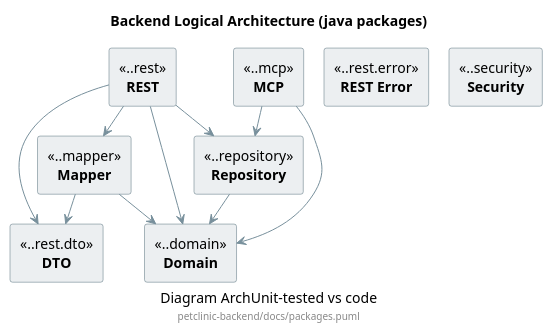
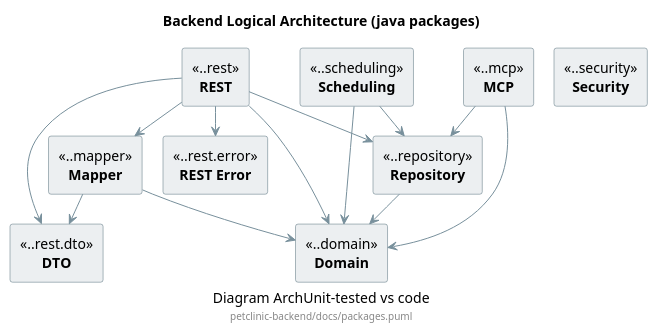
The diagram in petclinic-backend/docs/packages.puml (victorrentea/petclinic), drawn with PlantUML before and after one commit. The commit also changed 46 other files, not shown here.

```diff
--- a/petclinic-backend/docs/packages.puml
+++ b/petclinic-backend/docs/packages.puml
@@ -1,46 +1,50 @@
 @startuml
 
 title Backend Logical Architecture (java packages)
 caption Diagram ArchUnit-tested vs code
 footer petclinic-backend/docs/packages.puml
 
 skinparam shadowing false
 skinparam componentStyle rectangle
 skinparam nodesep 20
 skinparam ranksep 30
 <style>
 component {
   BackGroundColor #ECEFF1
   LineColor #546E7A
   FontStyle bold
   ' only the component name is bold; the package pattern above it stays plain
   ' (never write a stereotype in a comment — PackagesArchTest greps the raw file)
   stereotype {
     FontStyle plain
   }
 }
 arrow {
   LineColor #78909C
 }
 </style>
 
 [REST] <<..rest>>
 [MCP] <<..mcp>>
 [REST Error] <<..rest.error>>
 [Security] <<..security>>
 [Mapper] <<..mapper>>
 [Repository] <<..repository>>
 [DTO] <<..rest.dto>>
 [Domain] <<..domain>>
+[Scheduling] <<..scheduling>>
 
 [Repository] --> [Domain]
 [Mapper] --> [Domain]
 [Mapper] --> [DTO]
 [REST] --> [Domain]
 [REST] --> [Repository]
 [REST] --> [Mapper]
 [REST] --> [DTO]
 [MCP] --> [Domain]
 [MCP] --> [Repository]
+[REST] --> [REST Error]
+[Scheduling] --> [Domain]
+[Scheduling] --> [Repository]
 
 @enduml
```
